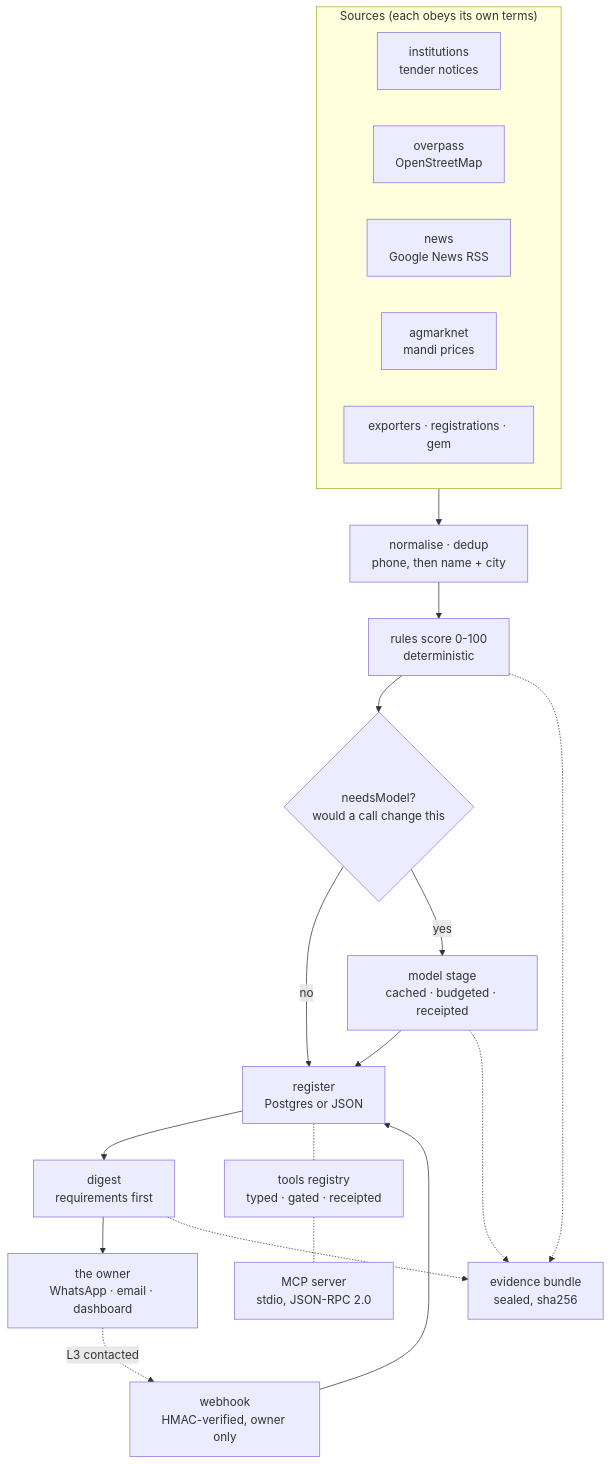
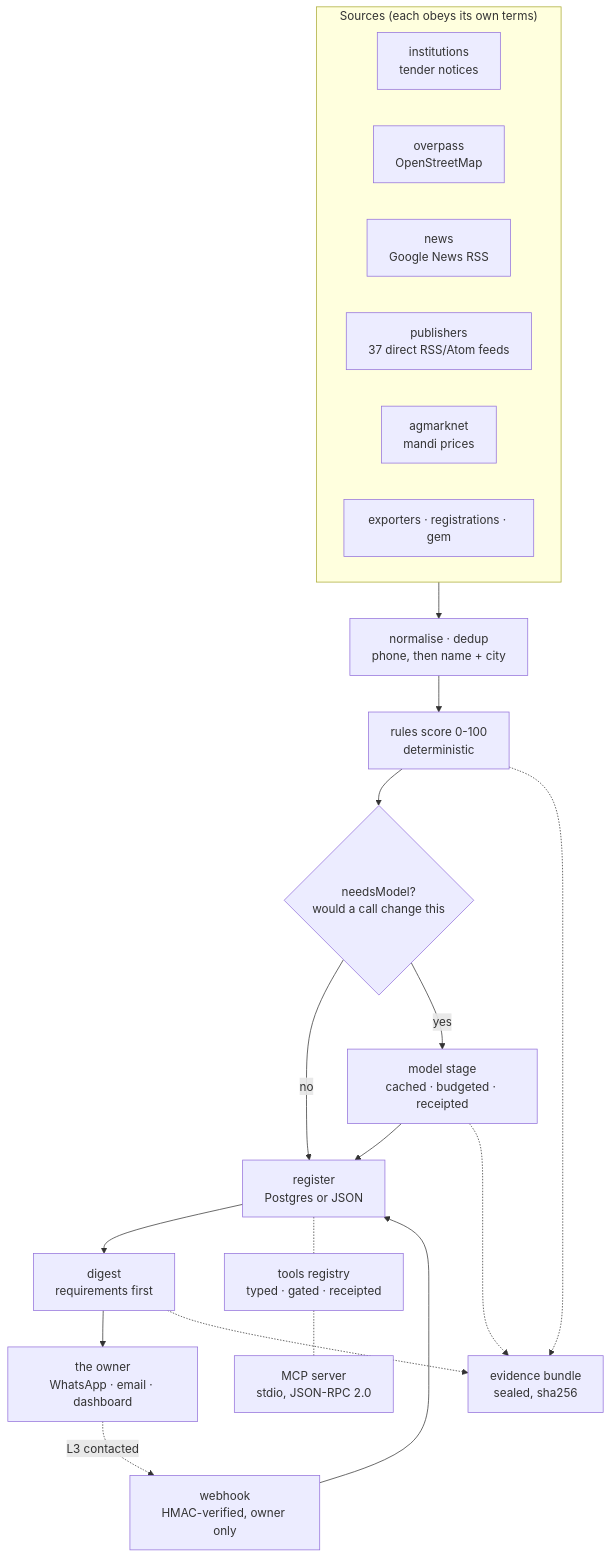
Before and after one commit to vamsi-venkatesh/buyer-radar: the diagram in README.md, drawn with Mermaid. The commit also changed other lines of this file and 5 other files, not shown here.

````diff
--- a/README.md
+++ b/README.md
@@ -38,28 +38,29 @@
 ```mermaid
 flowchart TB
   subgraph sources["Sources (each obeys its own terms)"]
     direction LR
     S1["institutions<br/>tender notices"]
     S2["overpass<br/>OpenStreetMap"]
     S3["news<br/>Google News RSS"]
-    S4["agmarknet<br/>mandi prices"]
-    S5["exporters · registrations · gem"]
+    S4["publishers<br/>37 direct RSS/Atom feeds"]
+    S5["agmarknet<br/>mandi prices"]
+    S6["exporters · registrations · gem"]
   end
 
   sources --> N["normalise · dedup<br/>phone, then name + city"]
   N --> R["rules score 0-100<br/>deterministic"]
   R --> G{"needsModel?<br/>would a call change this"}
   G -- "no" --> REG
   G -- "yes" --> M["model stage<br/>cached · budgeted · receipted"]
   M --> REG["register<br/>Postgres or JSON"]
   REG --> D["digest<br/>requirements first"]
   D --> OUT["the owner<br/>WhatsApp · email · dashboard"]
   OUT -.->|"L3 contacted"| W["webhook<br/>HMAC-verified, owner only"]
   W --> REG
 
   REG -.- T["tools registry<br/>typed · gated · receipted"]
   T -.- MCP["MCP server<br/>stdio, JSON-RPC 2.0"]
   R -.-> E["evidence bundle<br/>sealed, sha256"]
   M -.-> E
   D -.-> E
 ```
````
